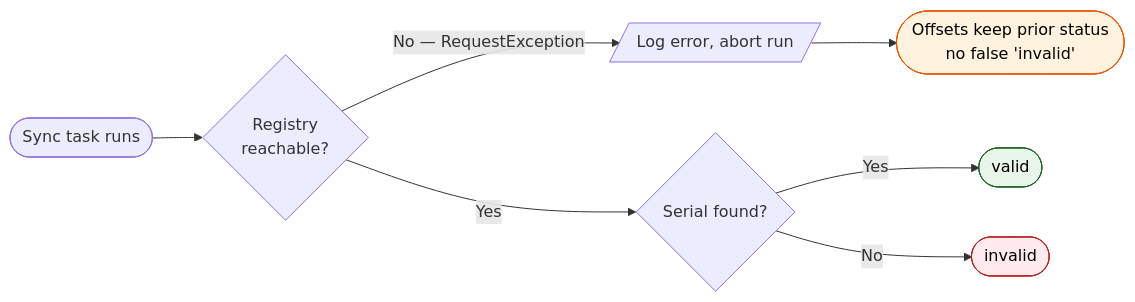
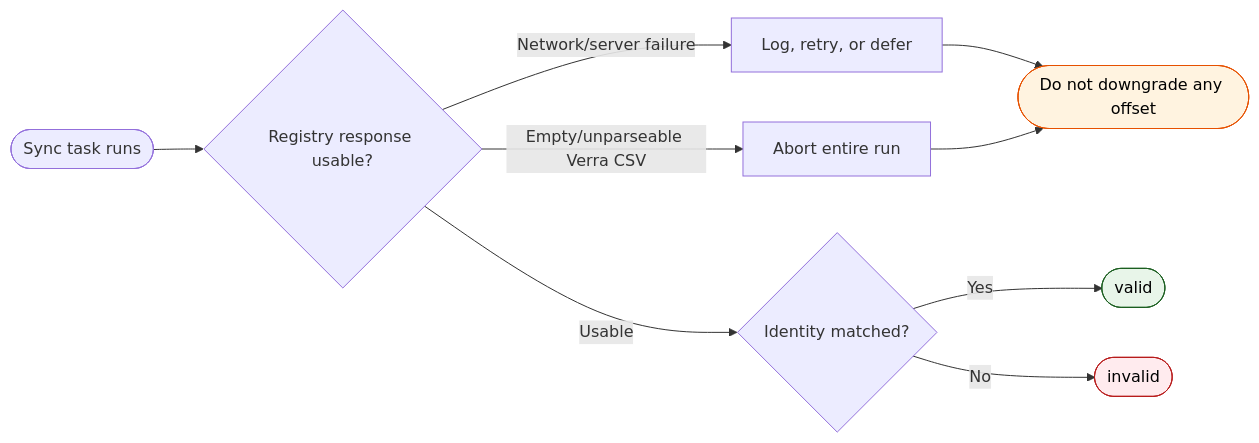
Before and after one commit to Software-Lifecycle-Consultants/SusDevOS-Pro: the second of 3 diagrams in docs/diagrams/bpmn/04-carbon-credit-mrv.md, drawn with Mermaid. The commit also changed other lines of this file and 13 other files, not shown here.

First line of the commit message:
docs: update stories and diagrams for the inventory lifecycle

````diff
--- a/docs/diagrams/bpmn/04-carbon-credit-mrv.md
+++ b/docs/diagrams/bpmn/04-carbon-credit-mrv.md
@@ -69,13 +75,15 @@
 ```mermaid
 flowchart LR
-    A([Sync task runs]) --> B{"Registry<br/>reachable?"}
-    B -->|"No — RequestException"| C[/"Log error, abort run"/]
-    C --> D([Offsets keep prior status<br/>no false 'invalid'])
-    B -->|"Yes"| E{"Serial found?"}
-    E -->|"Yes"| F([valid])
-    E -->|"No"| G([invalid])
+    A([Sync task runs]) --> B{"Registry response usable?"}
+    B -->|"Network/server failure"| C[Log, retry, or defer]
+    B -->|"Empty/unparseable Verra CSV"| D[Abort entire run]
+    C --> E([Do not downgrade any offset])
+    D --> E
+    B -->|"Usable"| F{"Identity matched?"}
+    F -->|"Yes"| G([valid])
+    F -->|"No"| H([invalid])
 
-    style D fill:#fff3e0,stroke:#e65100,color:#000
-    style F fill:#e8f5e9,stroke:#1b5e20,color:#000
-    style G fill:#ffebee,stroke:#b71c1c,color:#000
+    style E fill:#fff3e0,stroke:#e65100,color:#000
+    style G fill:#e8f5e9,stroke:#1b5e20,color:#000
+    style H fill:#ffebee,stroke:#b71c1c,color:#000
 ```
````
